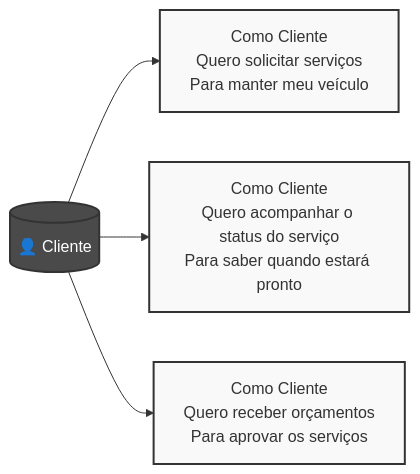
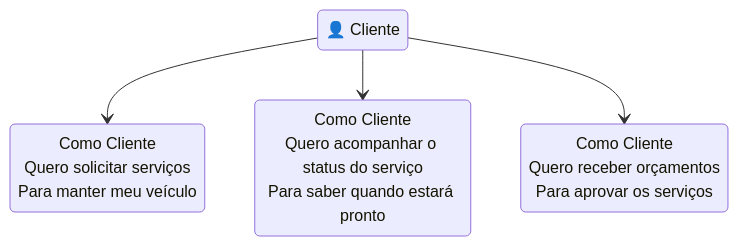
One commit to marcus2703/sistema-ordem-servico-oficina changed the first of 4 diagrams in historias_usuario.md. Above: the diagram before and after it, drawn with Mermaid. The commit also changed other lines of this file, not shown here.

````diff
--- a/historias_usuario.md
+++ b/historias_usuario.md
@@ -21,15 +23,11 @@
 ```mermaid
-graph LR
-    Cliente[("👤 Cliente")]
-    US1["Como Cliente<br/>Quero solicitar serviços<br/>Para manter meu veículo"]
-    US2["Como Cliente<br/>Quero acompanhar o status do serviço<br/>Para saber quando estará pronto"]
-    US3["Como Cliente<br/>Quero receber orçamentos<br/>Para aprovar os serviços"]
+stateDiagram-v2
+    Cliente: 👤 Cliente
+    US1: Como Cliente<br/>Quero solicitar serviços<br/>Para manter meu veículo
+    US2: Como Cliente<br/>Quero acompanhar o status do serviço<br/>Para saber quando estará pronto
+    US3: Como Cliente<br/>Quero receber orçamentos<br/>Para aprovar os serviços
 
     Cliente --> US1
     Cliente --> US2
     Cliente --> US3
-
-    classDef default fill:#f9f9f9,stroke:#333,stroke-width:2px;
-    classDef ator fill:#4A4A4A,stroke:#333,stroke-width:2px,color:white;
-    class Cliente ator;
 ```
````
